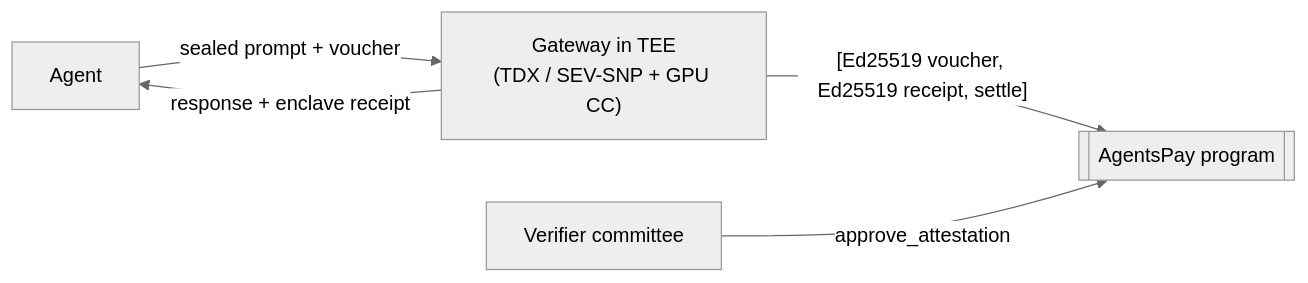
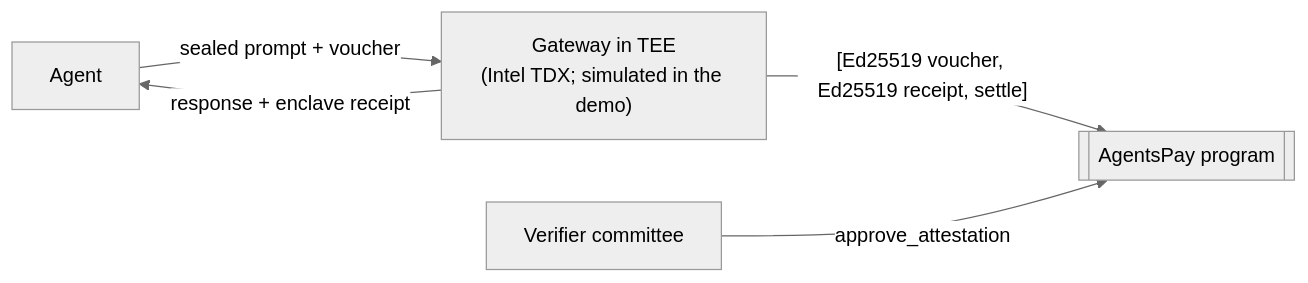
One commit to maitreya-ai/AgentsPay-Sol changed the diagram in README.md. Above: the diagram before and after it, drawn with Mermaid (neutral theme). The commit also changed other lines of this file and 10 other files, not shown here.

````diff
--- a/README.md
+++ b/README.md
@@ -42,7 +47,7 @@
 ```mermaid
 flowchart LR
-  A[Agent] -- "sealed prompt + voucher" --> G["Gateway in TEE<br/>(TDX / SEV-SNP + GPU CC)"]
+  A[Agent] -- "sealed prompt + voucher" --> G["Gateway in TEE<br/>(Intel TDX; simulated in the demo)"]
   G -- "response + enclave receipt" --> A
   G -- "[Ed25519 voucher, Ed25519 receipt, settle]" --> P[[AgentsPay program]]
   V[Verifier committee] -- approve_attestation --> P
 ```
````
